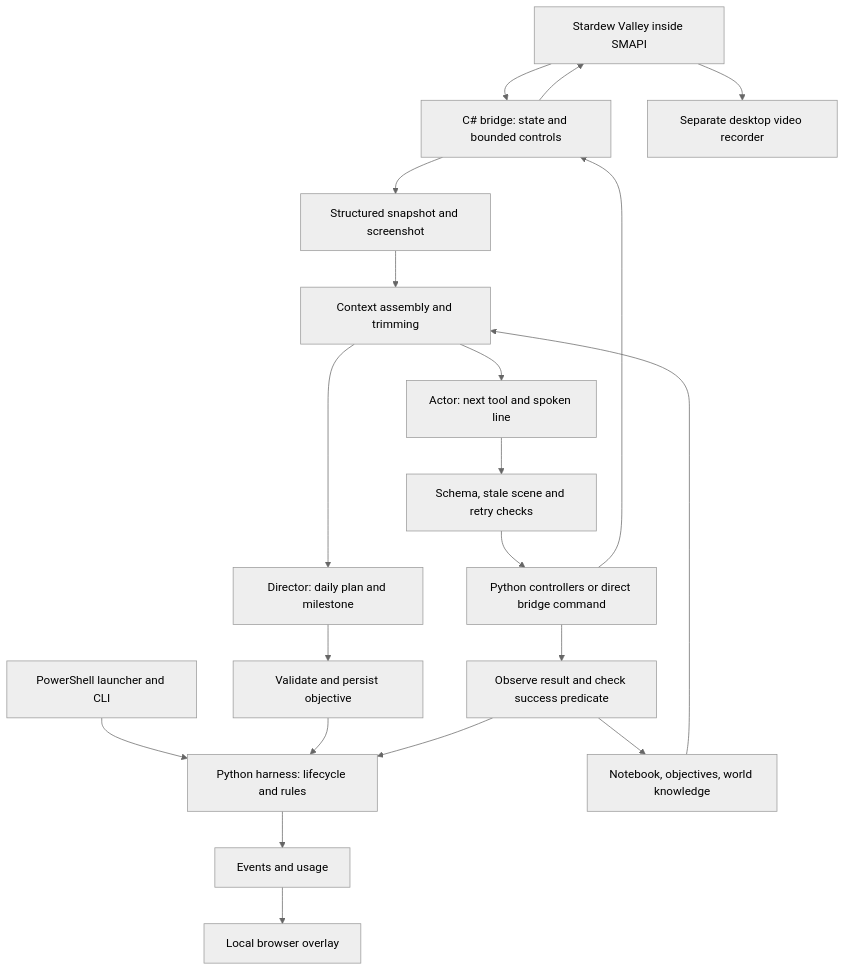
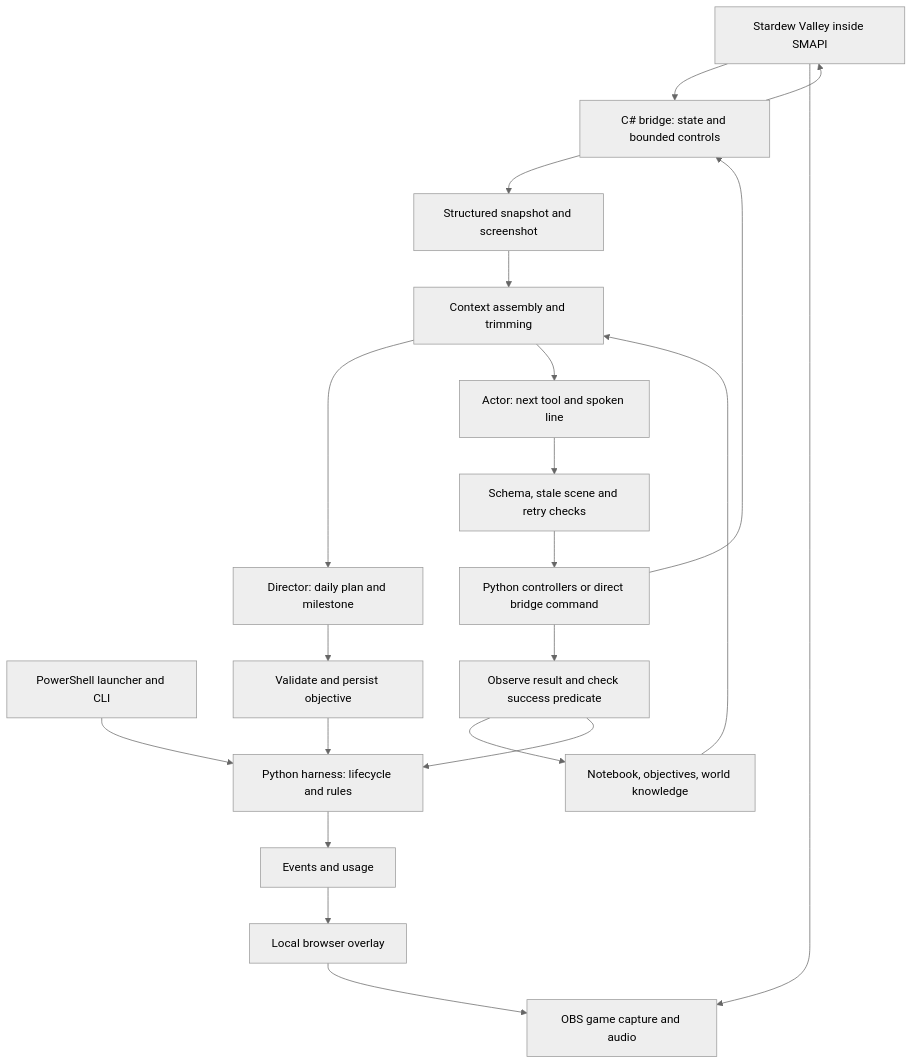
One commit to rnaidu-parallel/autoplay changed the diagram in docs/harness-review-2026-09-03.md. Above: the diagram before and after it, drawn with Mermaid (neutral theme). The commit also changed other lines of this file and 7 other files, not shown here.

````diff
--- a/docs/harness-review-2026-09-03.md
+++ b/docs/harness-review-2026-09-03.md
@@ -11,22 +11,23 @@
 ```mermaid
 flowchart TD
     Launch[PowerShell launcher and CLI] --> Harness[Python harness: lifecycle and rules]
     Game[Stardew Valley inside SMAPI] --> Bridge[C# bridge: state and bounded controls]
     Bridge --> Observe[Structured snapshot and screenshot]
     Observe --> Context[Context assembly and trimming]
     Store[Notebook, objectives, world knowledge] --> Context
     Context --> Director[Director: daily plan and milestone]
     Context --> Actor[Actor: next tool and spoken line]
     Director --> Ledger[Validate and persist objective]
     Ledger --> Harness
     Actor --> Validate[Schema, stale scene and retry checks]
     Validate --> Skills[Python controllers or direct bridge command]
     Skills --> Bridge
     Bridge --> Game
     Skills --> Verify[Observe result and check success predicate]
     Verify --> Store
     Verify --> Harness
     Harness --> Logs[Events and usage]
     Logs --> Overlay[Local browser overlay]
-    Game --> Video[Separate desktop video recorder]
+    Game --> Video[OBS game capture and audio]
+    Overlay --> Video
 ```
````
